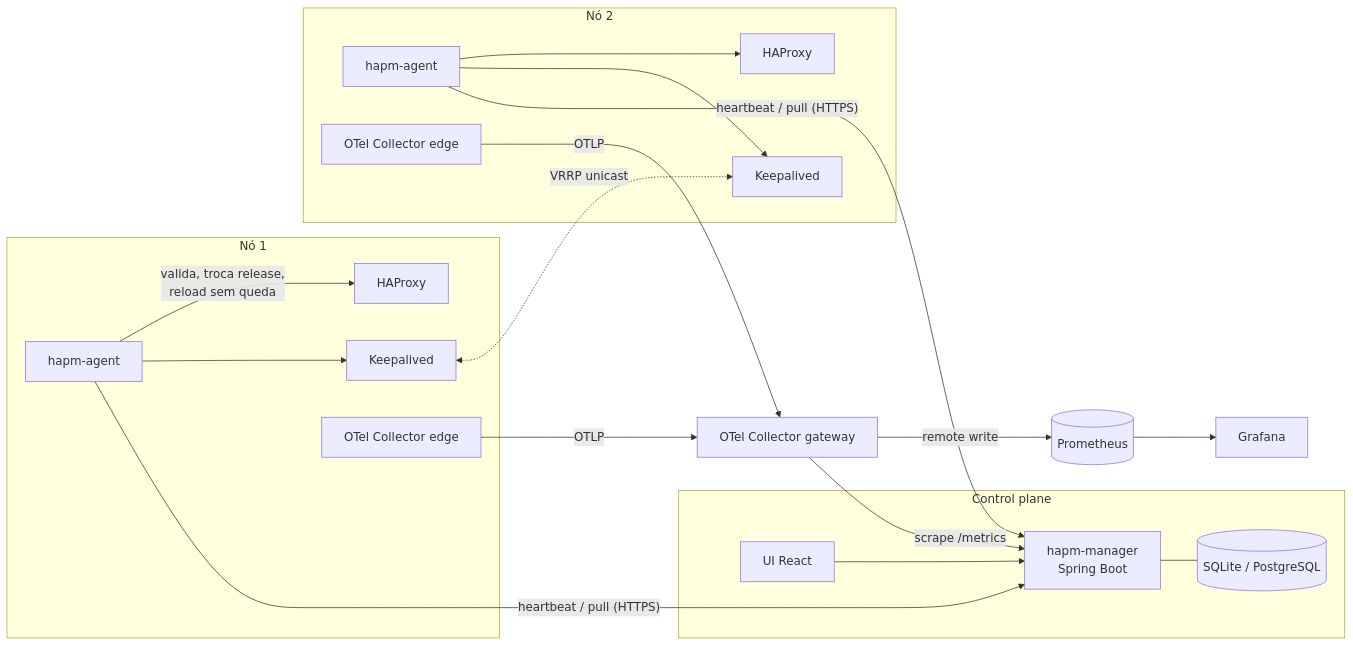
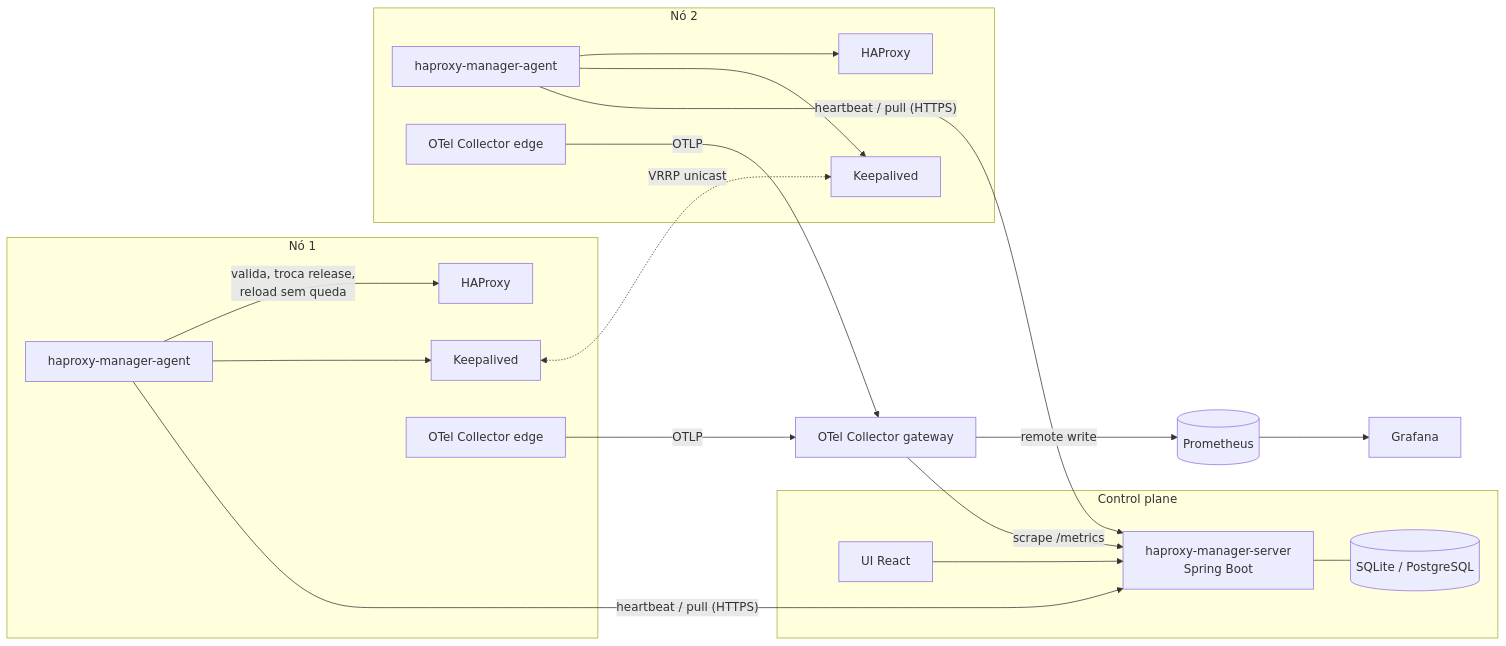
One commit to betobadran/haproxy-manager changed the diagram in README.md. Above: the diagram before and after it, drawn with Mermaid. The commit also changed other lines of this file and 60 other files, not shown here.

First line of the commit message:
Renomeia a solução para HAProxy Manager (haproxy-manager)

````diff
--- a/README.md
+++ b/README.md
@@ -28,22 +28,22 @@
 ```mermaid
 flowchart LR
   subgraph cp[Control plane]
-    UI[UI React] --> M[hapm-manager<br/>Spring Boot]
+    UI[UI React] --> M[haproxy-manager-server<br/>Spring Boot]
     M --- DB[(SQLite / PostgreSQL)]
   end
   subgraph n1[Nó 1]
-    A1[hapm-agent] -->|valida, troca release,<br/>reload sem queda| H1[HAProxy]
+    A1[haproxy-manager-agent] -->|valida, troca release,<br/>reload sem queda| H1[HAProxy]
     A1 --> K1[Keepalived]
     O1[OTel Collector edge]
   end
   subgraph n2[Nó 2]
-    A2[hapm-agent] --> H2[HAProxy]
+    A2[haproxy-manager-agent] --> H2[HAProxy]
     A2 --> K2[Keepalived]
     O2[OTel Collector edge]
   end
   A1 -- "heartbeat / pull (HTTPS)" --> M
   A2 -- "heartbeat / pull (HTTPS)" --> M
   K1 <-. VRRP unicast .-> K2
   O1 & O2 -- OTLP --> GW[OTel Collector gateway] -- remote write --> P[(Prometheus)] --> G[Grafana]
   GW -- scrape /metrics --> M
 ```
````
